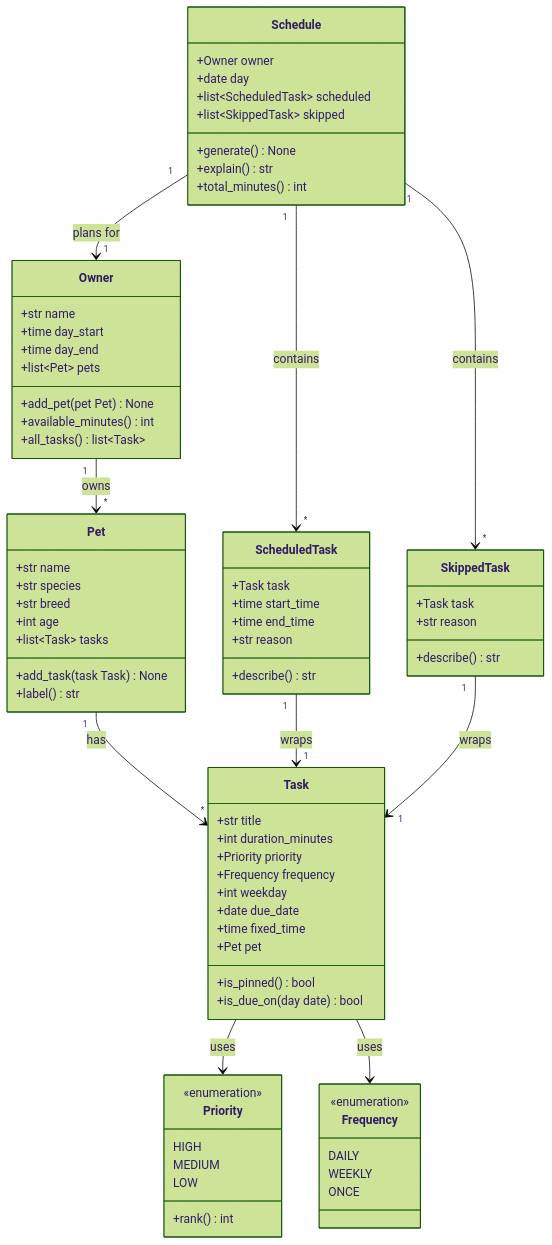
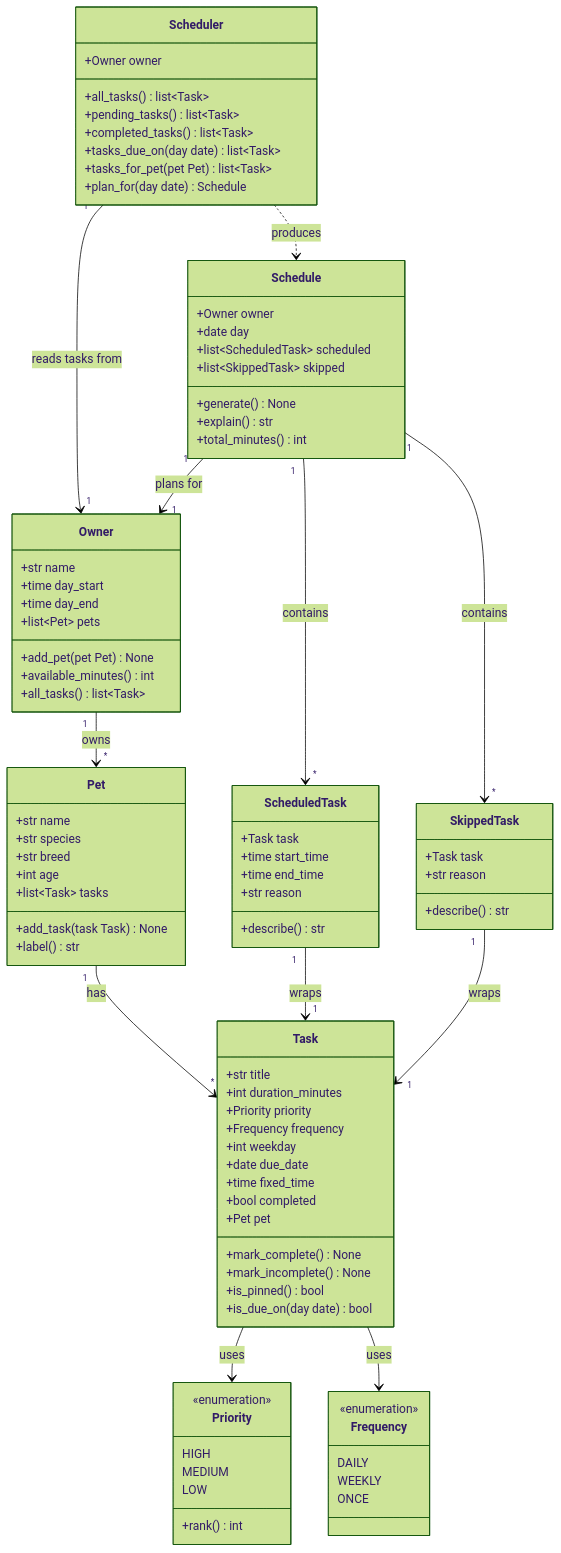
Before and after one commit to nicollsua/ai110-module2show-pawpal-starter: the diagram in diagrams/uml.mmd, drawn with Mermaid (forest theme). The commit also changed 7 other files, not shown here.

```diff
--- a/diagrams/uml.mmd
+++ b/diagrams/uml.mmd
@@ -1,85 +1,100 @@
 classDiagram
     %% PawPal+ — pet care planning assistant
     %% Owner sets the time window; tasks belong to pets; Schedule plans the day.
 
     class Priority {
         <<enumeration>>
         HIGH
         MEDIUM
         LOW
         +rank() int
     }
 
     class Frequency {
         <<enumeration>>
         DAILY
         WEEKLY
         ONCE
     }
 
     class Owner {
         +str name
         +time day_start
         +time day_end
         +list~Pet~ pets
         +add_pet(pet Pet) None
         +available_minutes() int
         +all_tasks() list~Task~
     }
 
     class Pet {
         +str name
         +str species
         +str breed
         +int age
         +list~Task~ tasks
         +add_task(task Task) None
         +label() str
     }
 
     class Task {
         +str title
         +int duration_minutes
         +Priority priority
         +Frequency frequency
         +int weekday
         +date due_date
         +time fixed_time
+        +bool completed
         +Pet pet
+        +mark_complete() None
+        +mark_incomplete() None
         +is_pinned() bool
         +is_due_on(day date) bool
     }
 
     class ScheduledTask {
         +Task task
         +time start_time
         +time end_time
         +str reason
         +describe() str
     }
 
     class SkippedTask {
         +Task task
         +str reason
         +describe() str
     }
 
     class Schedule {
         +Owner owner
         +date day
         +list~ScheduledTask~ scheduled
         +list~SkippedTask~ skipped
         +generate() None
         +explain() str
         +total_minutes() int
     }
 
+    class Scheduler {
+        +Owner owner
+        +all_tasks() list~Task~
+        +pending_tasks() list~Task~
+        +completed_tasks() list~Task~
+        +tasks_due_on(day date) list~Task~
+        +tasks_for_pet(pet Pet) list~Task~
+        +plan_for(day date) Schedule
+    }
+
     Owner "1" --> "*" Pet : owns
     Pet "1" --> "*" Task : has
     Task --> Priority : uses
     Task --> Frequency : uses
+    Scheduler "1" --> "1" Owner : reads tasks from
+    Scheduler ..> Schedule : produces
     Schedule "1" --> "1" Owner : plans for
     Schedule "1" --> "*" ScheduledTask : contains
     Schedule "1" --> "*" SkippedTask : contains
     ScheduledTask "1" --> "1" Task : wraps
     SkippedTask "1" --> "1" Task : wraps
```
